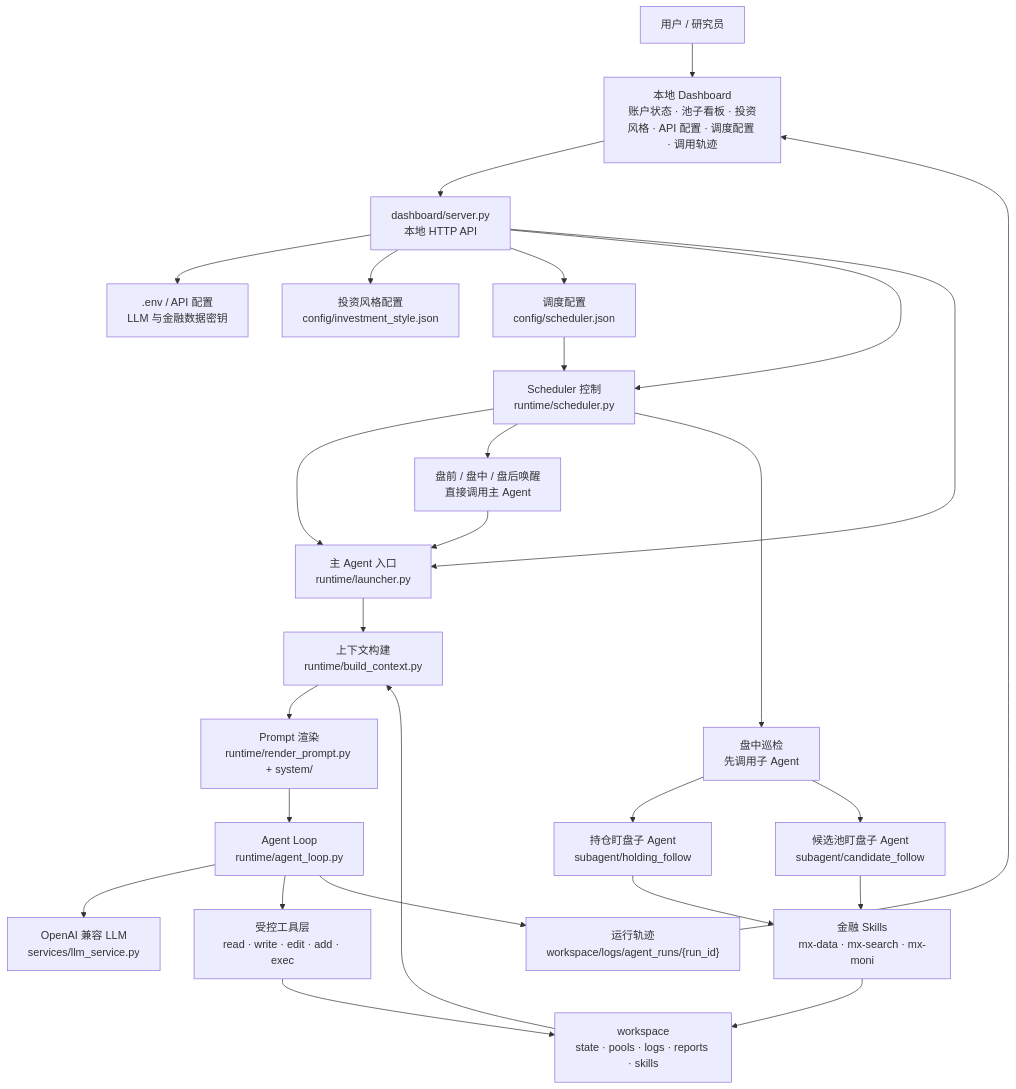
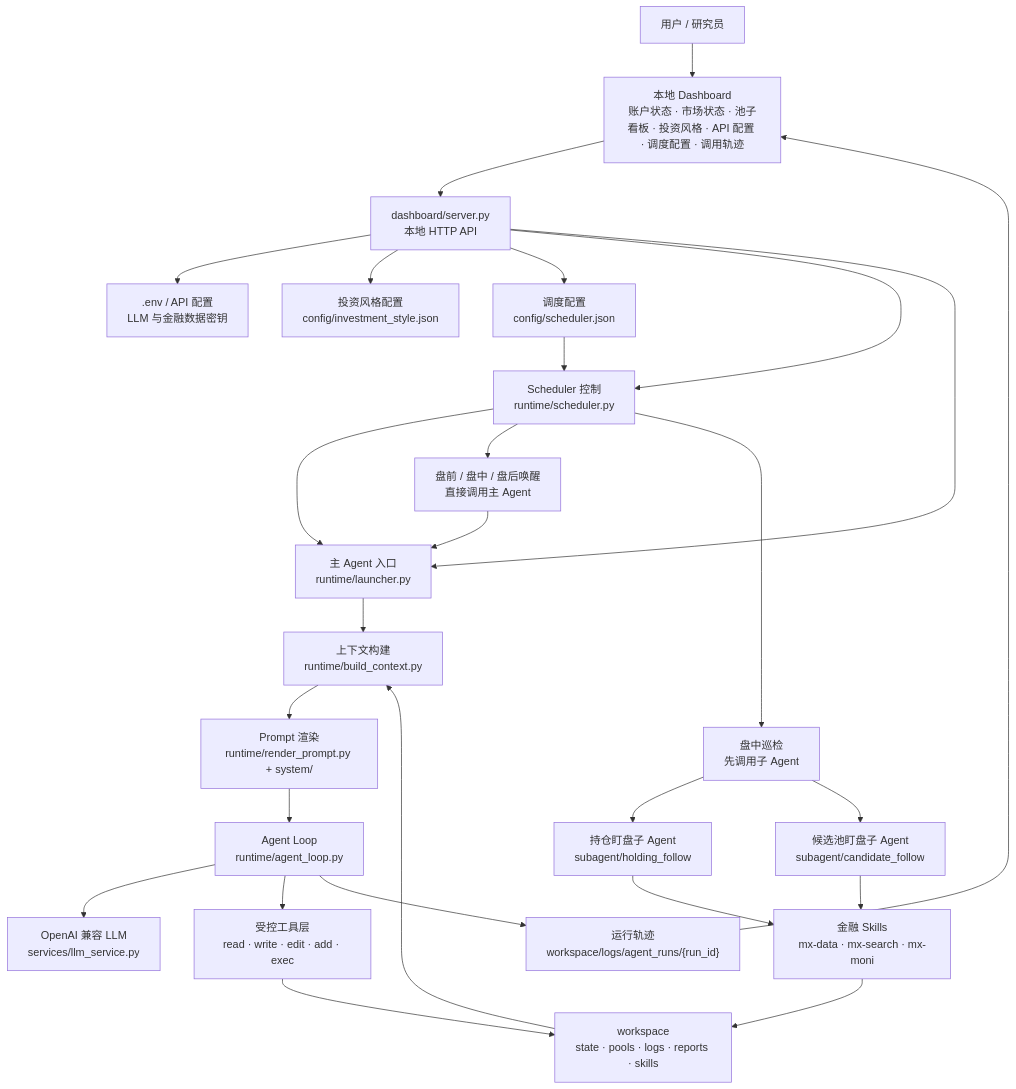
Before and after one commit to wakeyuyuyuyu/AstraTrade: the diagram in README.md, drawn with Mermaid. The commit also changed other lines of this file, not shown here.

````diff
--- a/README.md
+++ b/README.md
@@ -111,34 +151,34 @@
 ```mermaid
 flowchart TB
-  User["用户 / 研究员"] --> Dashboard["本地 Dashboard<br/>账户状态 · 池子看板 · 投资风格 · API 配置 · 调度配置 · 调用轨迹"]
+  User["用户 / 研究员"] --> Dashboard["本地 Dashboard<br/>账户状态 · 市场状态 · 池子看板 · 投资风格 · API 配置 · 调度配置 · 调用轨迹"]
 
   Dashboard --> Server["dashboard/server.py<br/>本地 HTTP API"]
   Server --> Env[".env / API 配置<br/>LLM 与金融数据密钥"]
   Server --> Style["投资风格配置<br/>config/investment_style.json"]
   Server --> SchedulerConfig["调度配置<br/>config/scheduler.json"]
   Server --> Scheduler["Scheduler 控制<br/>runtime/scheduler.py"]
   Server --> Launcher["主 Agent 入口<br/>runtime/launcher.py"]
 
   SchedulerConfig --> Scheduler
   Scheduler --> Launcher
   Launcher --> Context["上下文构建<br/>runtime/build_context.py"]
   Context --> Prompt["Prompt 渲染<br/>runtime/render_prompt.py + system/"]
   Prompt --> Loop["Agent Loop<br/>runtime/agent_loop.py"]
 
   Loop --> LLM["OpenAI 兼容 LLM<br/>services/llm_service.py"]
   Loop --> Tools["受控工具层<br/>read · write · edit · add · exec"]
   Tools --> Workspace["workspace<br/>state · pools · logs · reports · skills"]
   Workspace --> Context
 
   Scheduler --> Wake["盘前 / 盘中 / 盘后唤醒<br/>直接调用主 Agent"]
   Wake --> Launcher
   Scheduler --> Patrol["盘中巡检<br/>先调用子 Agent"]
   Patrol --> Holding["持仓盯盘子 Agent<br/>subagent/holding_follow"]
   Patrol --> Candidate["候选池盯盘子 Agent<br/>subagent/candidate_follow"]
   Holding --> Skills["金融 Skills<br/>mx-data · mx-search · mx-moni"]
   Candidate --> Skills
   Skills --> Workspace
 
   Loop --> Trace["运行轨迹<br/>workspace/logs/agent_runs/{run_id}"]
   Trace --> Dashboard
 ```
````
